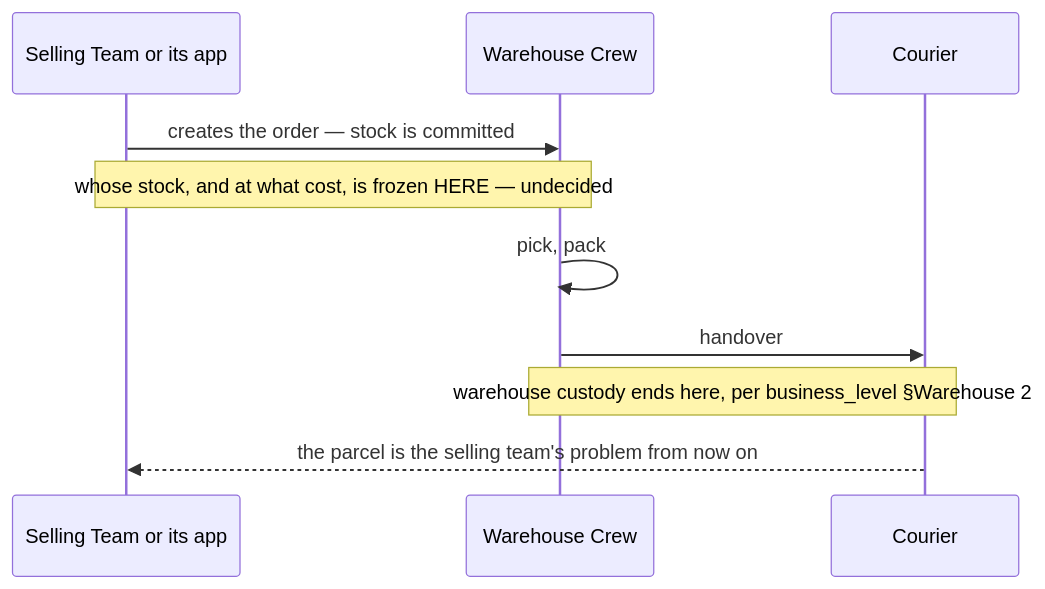
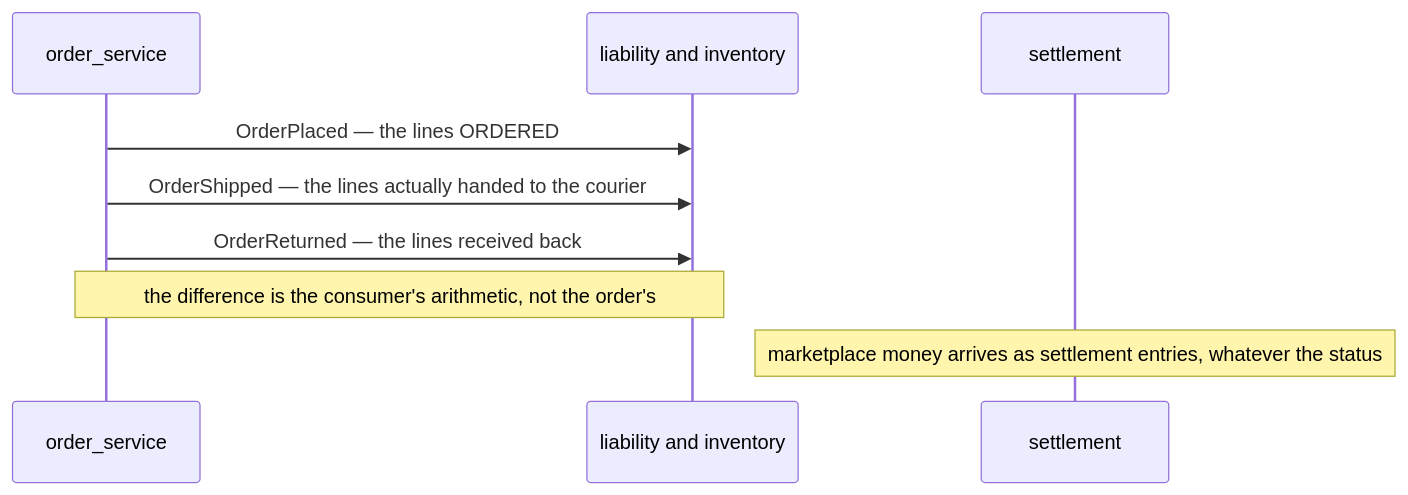
One commit to pdcgo/warehouse_revamp changed the fourth of 6 diagrams in docs/business/order/context_clarify.md. Above: the diagram before and after it, drawn with Mermaid. The commit also changed other lines of this file and 24 other files, not shown here.

````diff
--- a/docs/business/order/context_clarify.md
+++ b/docs/business/order/context_clarify.md
@@ -345,13 +119,11 @@
 ```mermaid
 sequenceDiagram
-  participant SE as Selling Team or its app
-  participant WH as Warehouse Crew
-  participant CU as Courier
-
-  SE->>WH: creates the order — stock is committed
-  Note over SE,WH: whose stock, and at what cost, is frozen HERE — undecided
-  WH->>WH: pick, pack
-  WH->>CU: handover
-  Note over WH,CU: warehouse custody ends here, per business_level §Warehouse 2
-  CU-->>SE: the parcel is the selling team's problem from now on
+  participant O as order_service
+  participant L as liability and inventory
+  participant S as settlement
+  O->>L: OrderPlaced — the lines ORDERED
+  O->>L: OrderShipped — the lines actually handed to the courier
+  O->>L: OrderReturned — the lines received back
+  Note over O,L: the difference is the consumer's arithmetic, not the order's
+  Note over S: marketplace money arrives as settlement entries, whatever the status
 ```
````
